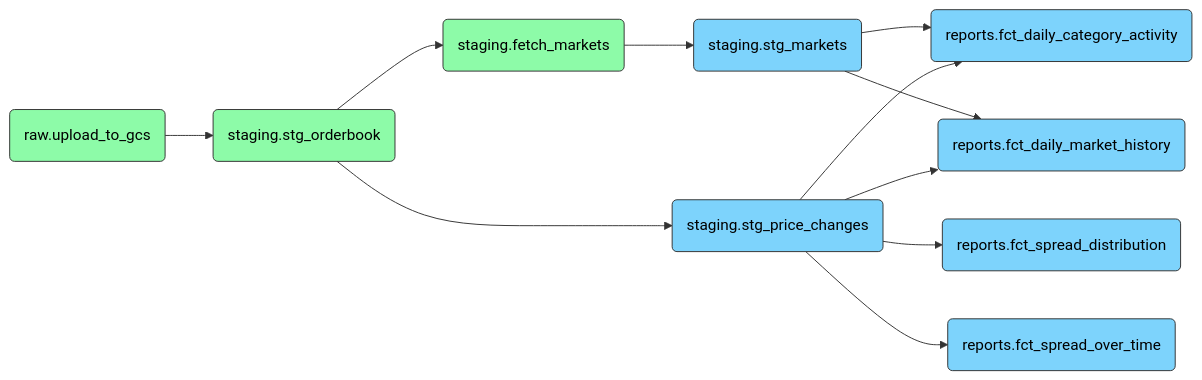
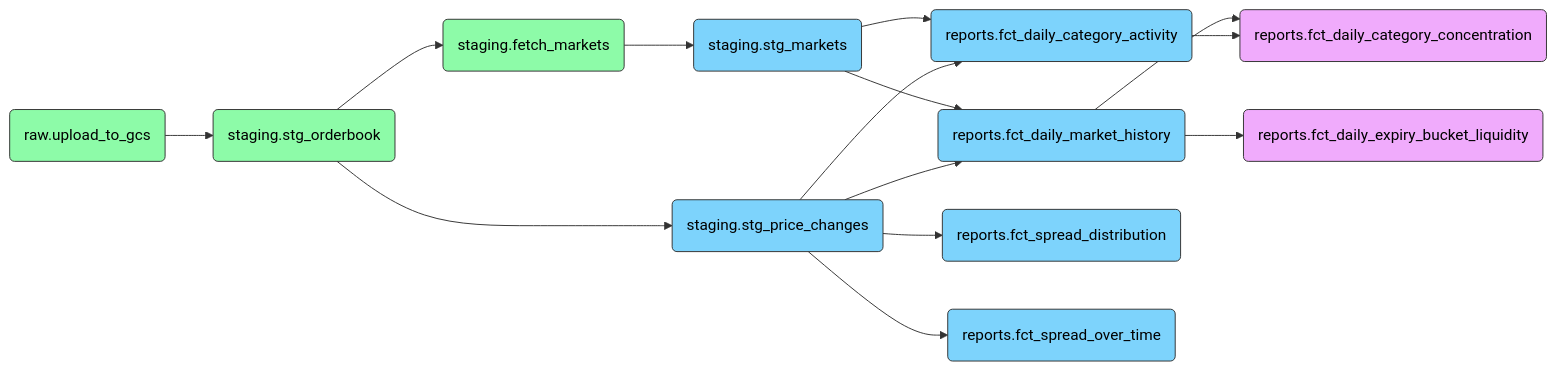
The diagram in README.md (jprq87/polymarket-pipeline), drawn with Mermaid before and after one commit. The commit also changed other lines of this file and 12 other files, not shown here.

````diff
--- a/README.md
+++ b/README.md
@@ -181,29 +184,35 @@
 ```mermaid
 graph LR
     %% Class Definitions for Styling
     classDef python fill:#8dfba8,stroke:#333,stroke-width:1px,color:#000;
     classDef sql fill:#7dd3fc,stroke:#333,stroke-width:1px,color:#000;
+    classDef ai fill:#f0abfc,stroke:#333,stroke-width:1px,color:#000;
 
     %% Nodes
     A(raw.upload_to_gcs):::python
     B(staging.stg_orderbook):::python
     C(staging.fetch_markets):::python
     D(staging.stg_markets):::sql
     E(staging.stg_price_changes):::sql
     F(reports.fct_daily_category_activity):::sql
     G(reports.fct_daily_market_history):::sql
     H(reports.fct_spread_distribution):::sql
     I(reports.fct_spread_over_time):::sql
+    J(reports.fct_daily_expiry_bucket_liquidity):::ai
+    K(reports.fct_daily_category_concentration):::ai
 
     %% Connections
     A --> B
     B --> C
     B --> E
     C --> D
     D --> F
     D --> G
     E --> F
     E --> G
     E --> H
     E --> I
+    G --> J
+    G --> K
+    F --> K
 ```
````
